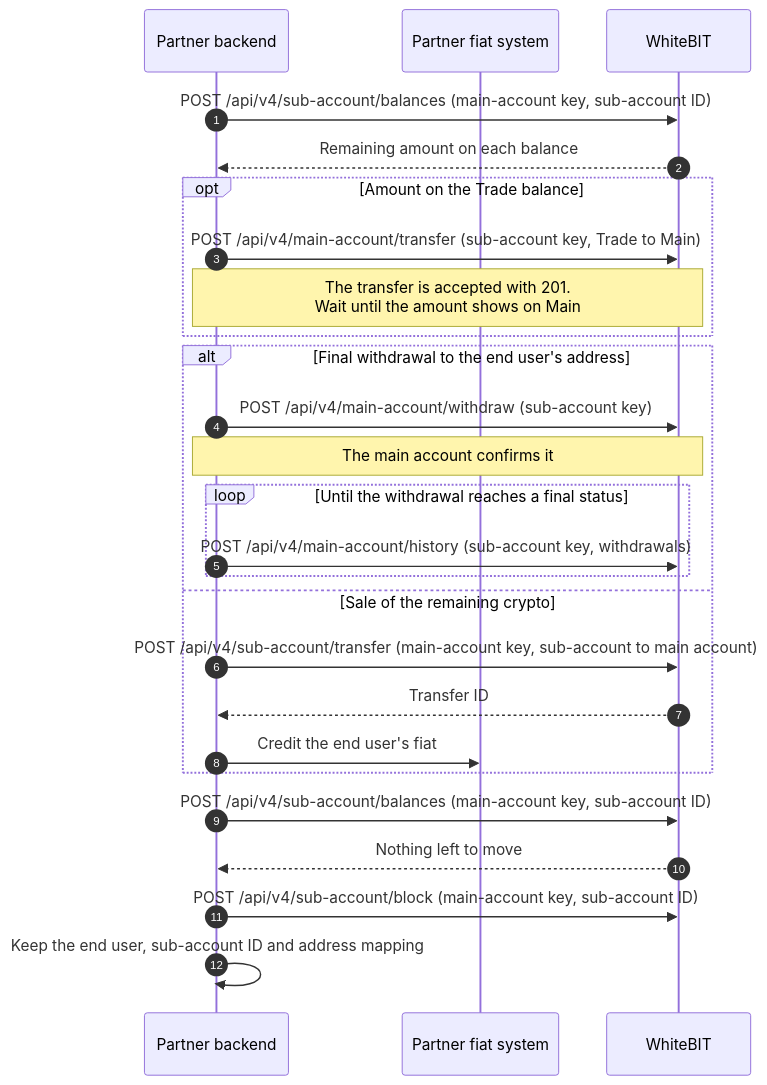
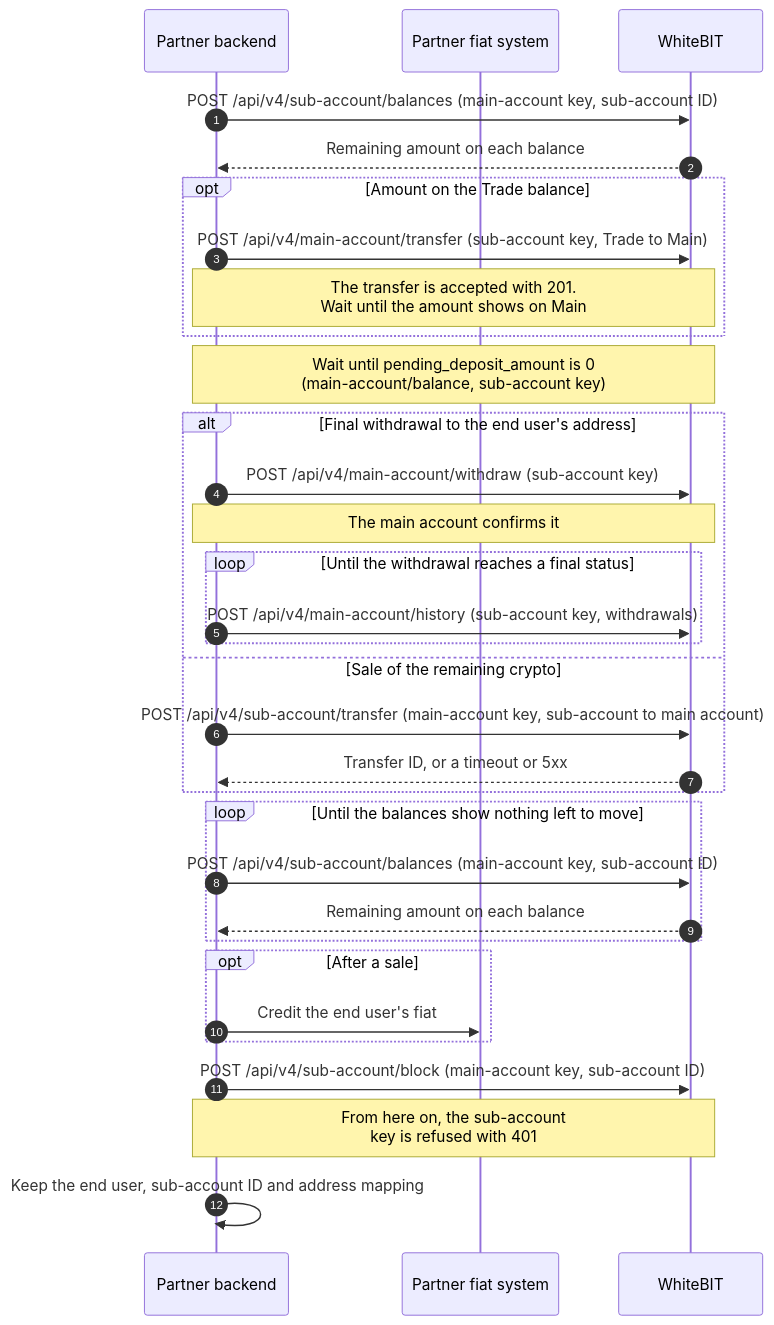
One commit to whitebit-exchange/docs changed the diagram in snippets/diagrams/sub-account-offboarding.mdx. Above: the diagram before and after it, drawn with Mermaid. The commit also changed 17 other files, not shown here.

First line of the commit message:
docs(api): confirm transfers on the balance

````diff
--- a/snippets/diagrams/sub-account-offboarding.mdx
+++ b/snippets/diagrams/sub-account-offboarding.mdx
@@ -1,29 +1,35 @@
 ```mermaid
 sequenceDiagram
     autonumber
     participant P as Partner backend
     participant F as Partner fiat system
     participant W as WhiteBIT
 
     P->>W: POST /api/v4/sub-account/balances (main-account key, sub-account ID)
     W-->>P: Remaining amount on each balance
     opt Amount on the Trade balance
         P->>W: POST /api/v4/main-account/transfer (sub-account key, Trade to Main)
         Note over P,W: The transfer is accepted with 201.<br/>Wait until the amount shows on Main
     end
+    Note over P,W: Wait until pending_deposit_amount is 0<br/>(main-account/balance, sub-account key)
     alt Final withdrawal to the end user's address
         P->>W: POST /api/v4/main-account/withdraw (sub-account key)
         Note over P,W: The main account confirms it
         loop Until the withdrawal reaches a final status
             P->>W: POST /api/v4/main-account/history (sub-account key, withdrawals)
         end
     else Sale of the remaining crypto
         P->>W: POST /api/v4/sub-account/transfer (main-account key, sub-account to main account)
-        W-->>P: Transfer ID
+        W-->>P: Transfer ID, or a timeout or 5xx
+    end
+    loop Until the balances show nothing left to move
+        P->>W: POST /api/v4/sub-account/balances (main-account key, sub-account ID)
+        W-->>P: Remaining amount on each balance
+    end
+    opt After a sale
         P->>F: Credit the end user's fiat
     end
-    P->>W: POST /api/v4/sub-account/balances (main-account key, sub-account ID)
-    W-->>P: Nothing left to move
     P->>W: POST /api/v4/sub-account/block (main-account key, sub-account ID)
+    Note over P,W: From here on, the sub-account<br/>key is refused with 401
     P->>P: Keep the end user, sub-account ID and address mapping
 ```
````
